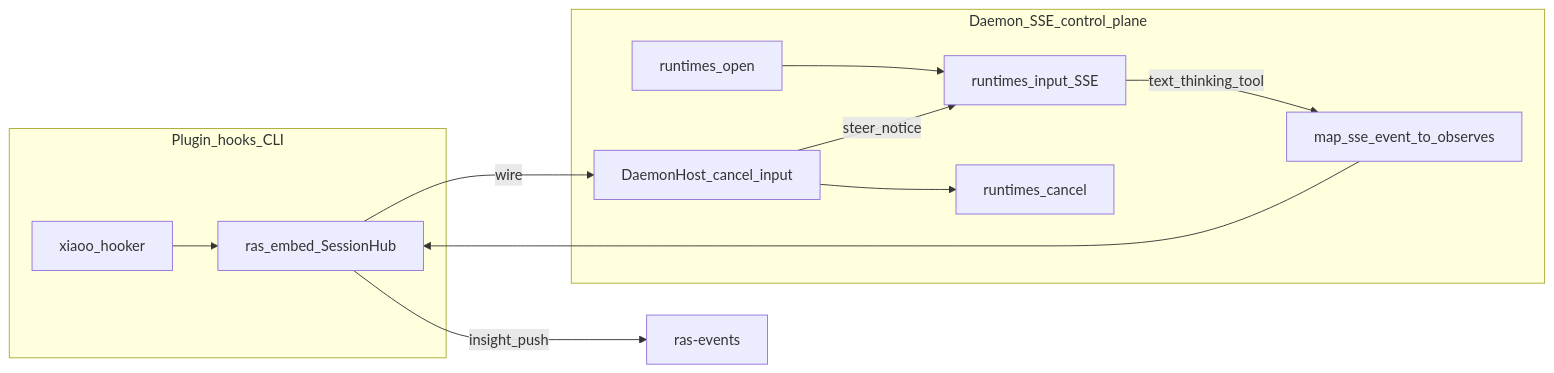
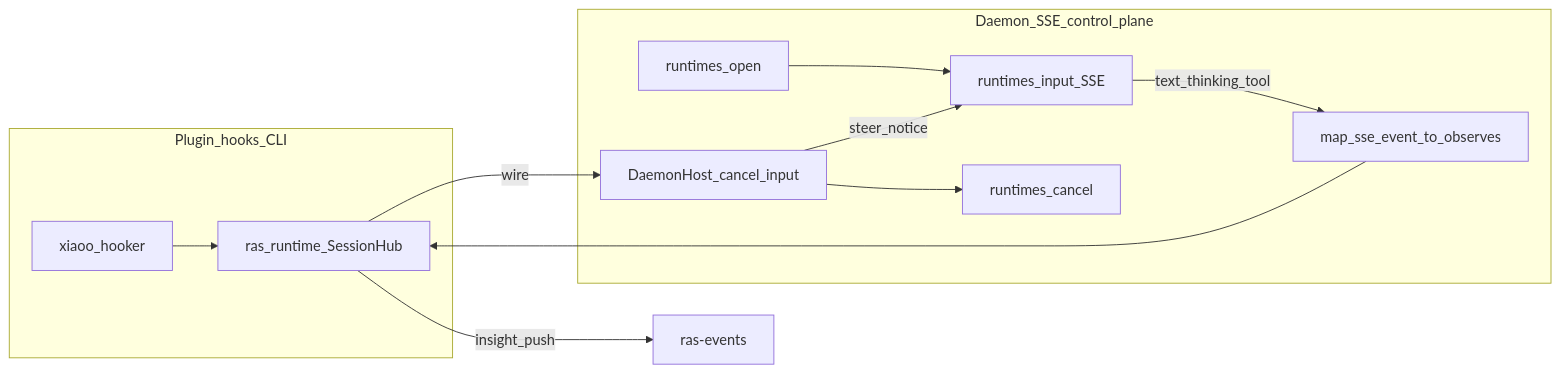
The diagram in docs/agent-ras/designs/features/xiaoo-adapter.md (openeuler-mirror/agent-insight), drawn with Mermaid before and after one commit. The commit also changed other lines of this file and 34 other files, not shown here.

````diff
--- a/docs/agent-ras/designs/features/xiaoo-adapter.md
+++ b/docs/agent-ras/designs/features/xiaoo-adapter.md
@@ -23,18 +23,18 @@
 ```mermaid
 flowchart LR
   subgraph hookPath [Plugin_hooks_CLI]
-    Hooker[xiaoo_hooker] --> Embed[ras_embed_SessionHub]
+    Hooker[xiaoo_hooker] --> Embed[ras_runtime_SessionHub]
   end
   subgraph daemonPath [Daemon_SSE_control_plane]
     Open[runtimes_open]
     Input[runtimes_input_SSE]
     Cancel[runtimes_cancel]
     Open --> Input
     Input -->|text_thinking_tool| Map[map_sse_event_to_observes]
     Map --> Embed
     Embed -->|wire| Host[DaemonHost_cancel_input]
     Host --> Cancel
     Host -->|steer_notice| Input
   end
   Embed -->|insight_push| InsightRAS[ras-events]
 ```
````
